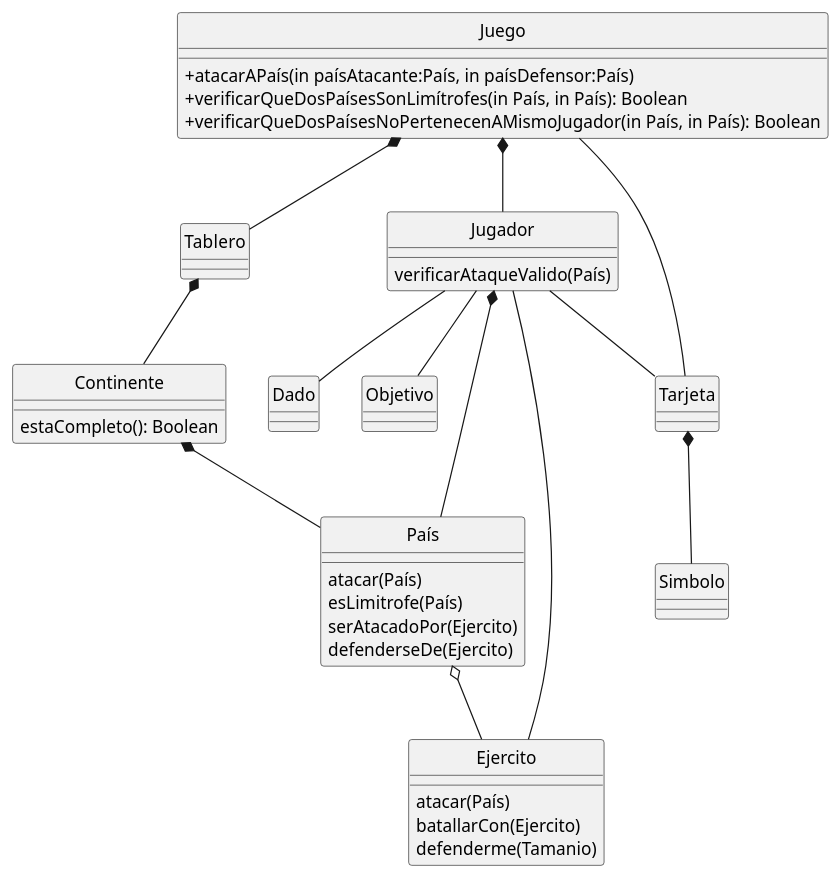
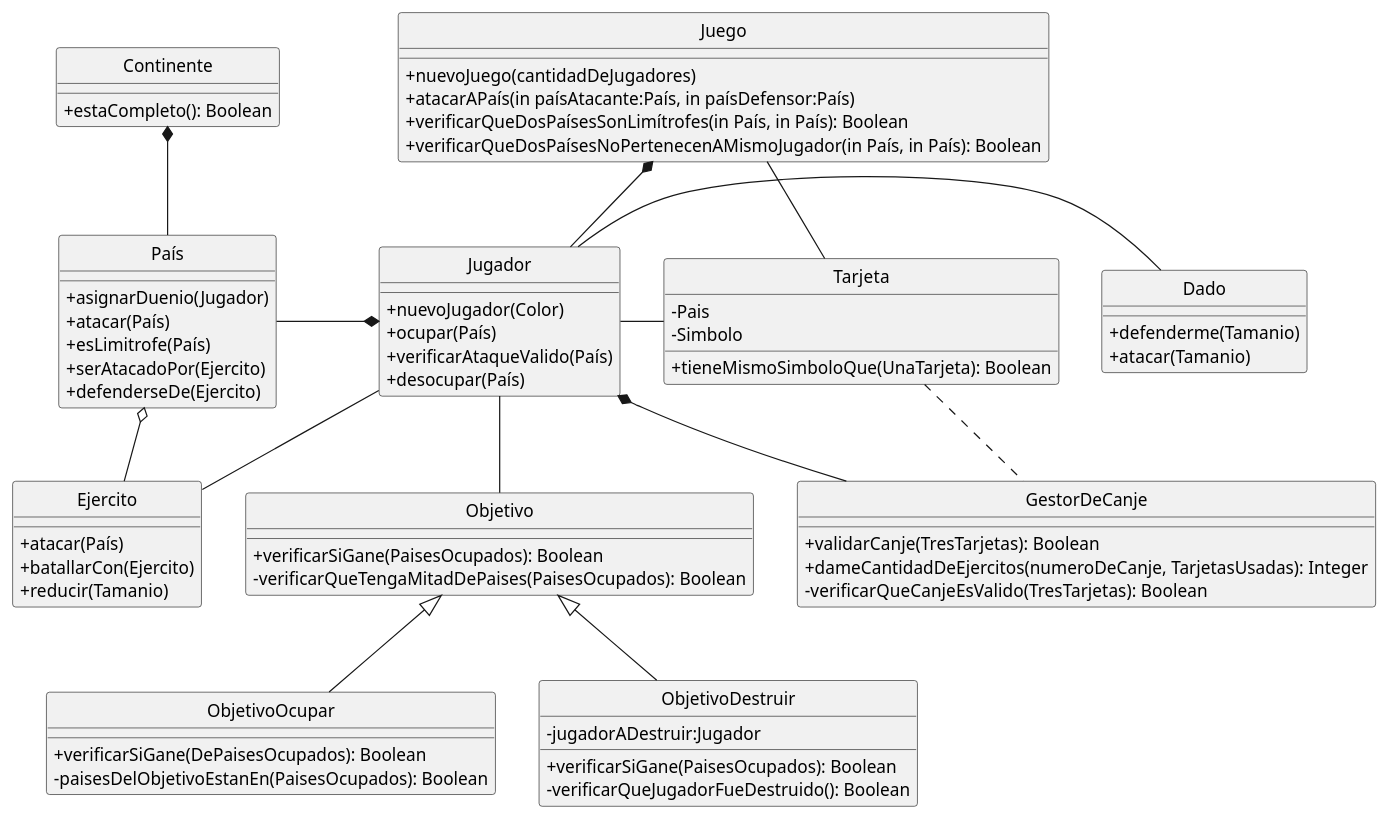
Before and after one commit to valengutierrez/algo3_tp2: the diagram in diagramas/clasesV2.puml, drawn with PlantUML. The commit also changed 4 other files, not shown here.

Commit message:
Diagrama de secuencias y de clase

```diff
--- a/diagramas/clasesV2.puml
+++ b/diagramas/clasesV2.puml
@@ -1,59 +1,82 @@
 @startuml Diagrama de clases
 skinparam classAttributeIconSize 0
 skinparam style strictuml
 hide class circle
 hide abstract circle
 
 
 Class Juego{
+  +nuevoJuego(cantidadDeJugadores)
   +atacarAPaís(in paísAtacante:País, in paísDefensor:País)
   +verificarQueDosPaísesSonLimítrofes(in País, in País): Boolean
   +verificarQueDosPaísesNoPertenecenAMismoJugador(in País, in País): Boolean
 }
-Class Tablero{
+' Class Tablero{
 
-}
+' }
 Class Tarjeta{
-
+    -Pais
+    -Simbolo
+    ' +tieneMismoSimboloQue(DosTarjetas): Boolean
+    +tieneMismoSimboloQue(UnaTarjeta): Boolean
 }
 Class Continente{
-    estaCompleto(): Boolean
+    +estaCompleto(): Boolean
 }
 Class Dado{
-
+    +defenderme(Tamanio)
+    +atacar(Tamanio)
 }
 Class Jugador{
-    verificarAtaqueValido(País)
+    +nuevoJugador(Color)
+    +ocupar(País)
+    +verificarAtaqueValido(País)
+    +desocupar(País)
 }
 Class País{
-    atacar(País)
-    esLimitrofe(País)
-    serAtacadoPor(Ejercito)
-    defenderseDe(Ejercito)
+    +asignarDuenio(Jugador)
+    +atacar(País)
+    +esLimitrofe(País)
+    +serAtacadoPor(Ejercito)
+    +defenderseDe(Ejercito)
 }
 Class Ejercito{
-    atacar(País)
-    batallarCon(Ejercito)
-    defenderme(Tamanio)
+    +atacar(País)
+    +batallarCon(Ejercito)
+    +reducir(Tamanio)
 }
 Class Objetivo{
-
+    +verificarSiGane(PaisesOcupados): Boolean
+    -verificarQueTengaMitadDePaises(PaisesOcupados): Boolean
 }
-Class Simbolo{
-
+Class ObjetivoOcupar{
+    +verificarSiGane(DePaisesOcupados): Boolean
+    -paisesDelObjetivoEstanEn(PaisesOcupados): Boolean
+}
+Class ObjetivoDestruir{
+    -jugadorADestruir:Jugador
+    +verificarSiGane(PaisesOcupados): Boolean
+    -verificarQueJugadorFueDestruido(): Boolean
+}
+Class GestorDeCanje{
+    +validarCanje(TresTarjetas): Boolean
+    +dameCantidadDeEjercitos(numeroDeCanje, TarjetasUsadas): Integer
+    -verificarQueCanjeEsValido(TresTarjetas): Boolean
 }
 
-Juego *-- Tablero
-Juego *-- Jugador
+Juego *-down- Jugador
 Juego -- Tarjeta
-Tablero *-- Continente
-Continente *-- País
-País o-- Ejercito
-Jugador *-- País
-Jugador -- Dado
+Continente *-down- País
+País o-up- Ejercito
+Jugador *-left- País
+Jugador -Right- Dado
 Jugador -- Ejercito
-Jugador -- Objetivo
-Jugador -- Tarjeta
-Tarjeta *-- Simbolo
+Jugador -down- Objetivo
+Jugador -right- Tarjeta
+Jugador *-down- GestorDeCanje
+Tarjeta .down. GestorDeCanje 
+Objetivo <|-down- ObjetivoOcupar
+Objetivo <|-down- ObjetivoDestruir
+
 
 @enduml
```
